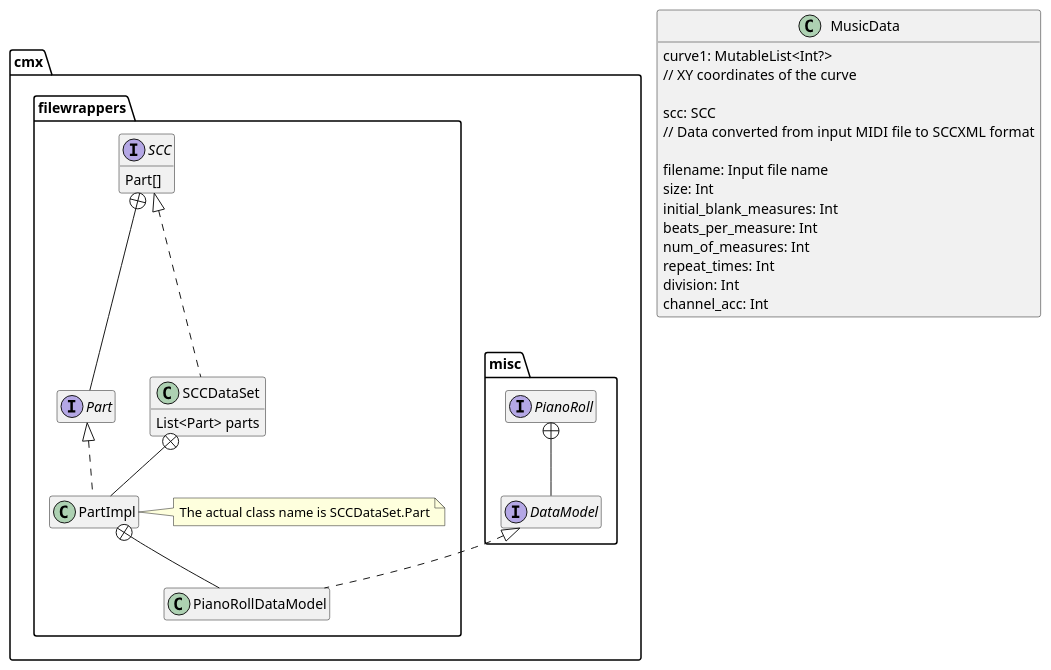
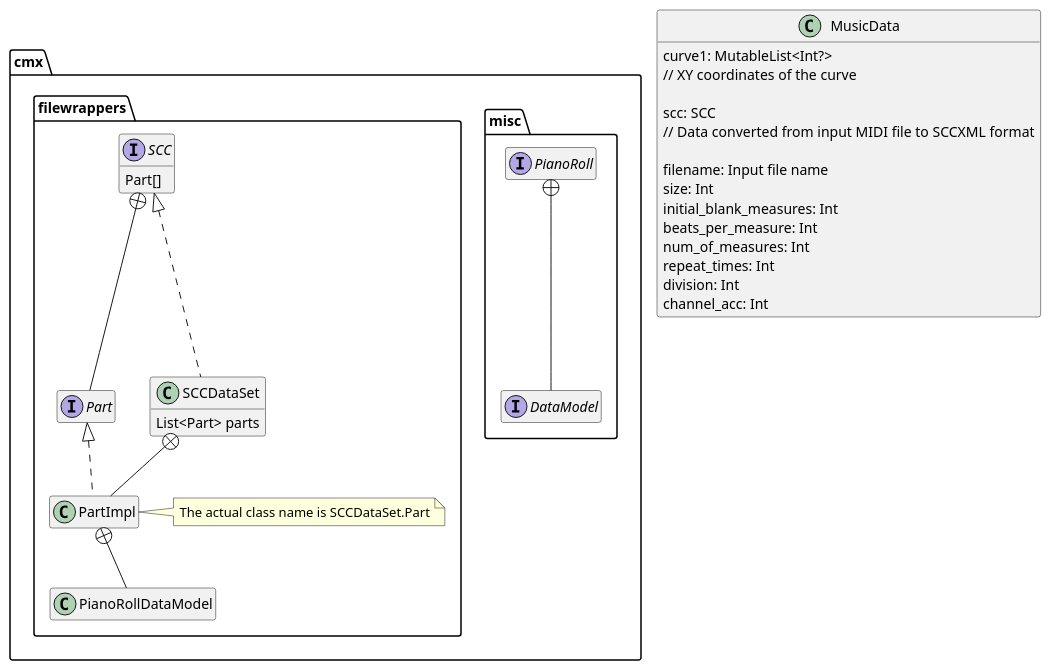
The diagram in diagrams/test3.puml (fujiij/plantuml), drawn with PlantUML before and after one commit.

```diff
--- a/diagrams/test3.puml
+++ b/diagrams/test3.puml
@@ -1,49 +1,49 @@
 @startuml
 'https://plantuml.com/class-diagram
 hide empty members
 
 class MusicData {
     curve1: MutableList<Int?>
     // XY coordinates of the curve
 
     scc: SCC
     // Data converted from input MIDI file to SCCXML format
 
     filename: Input file name
     size: Int
     initial_blank_measures: Int
     beats_per_measure: Int
     num_of_measures: Int
     repeat_times: Int
     division: Int
     channel_acc: Int
 }
 
 package "cmx" {
     package "misc" {
         interface PianoRoll {
         }
         interface DataModel
         PianoRoll +-- DataModel
     }
     package "filewrappers" {
         interface SCC {
             Part[]
         }
         interface Part
         SCC +-- Part
         class SCCDataSet implements SCC {
             List<Part> parts
         }
         class PartImpl implements Part
         SCCDataSet +-- PartImpl
         note right of PartImpl
             The actual class name is SCCDataSet.Part
         end note
 
-        DataModel <|.. PianoRollDataModel
+        class PianoRollDataModel implements cmx.misc.PianoRoll.DataModel
         PartImpl +-- PianoRollDataModel
     }
 }
 
 @enduml
```
